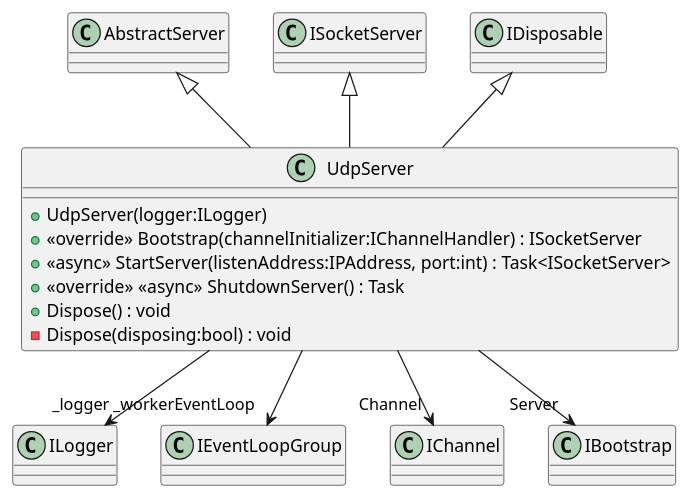
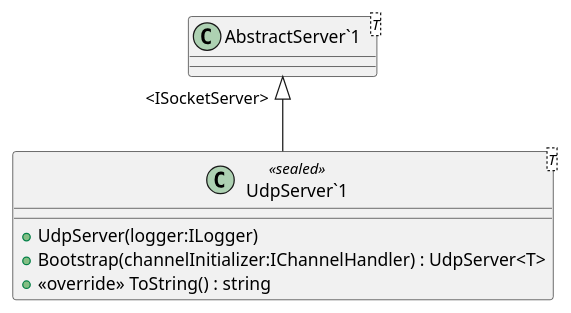
The diagram in Documentation/UML/Catalyst.Node.Common/Helpers/IO/Inbound/UdpServer.puml (catalyst-network/Catalyst), drawn with PlantUML before and after one commit. The commit also changed 25 other files, not shown here.

```diff
--- a/Documentation/UML/Catalyst.Node.Common/Helpers/IO/Inbound/UdpServer.puml
+++ b/Documentation/UML/Catalyst.Node.Common/Helpers/IO/Inbound/UdpServer.puml
@@ -1,17 +1,10 @@
 @startuml
-class UdpServer {
+class "UdpServer`1"<T> <<sealed>> {
     + UdpServer(logger:ILogger)
-    + <<override>> Bootstrap(channelInitializer:IChannelHandler) : ISocketServer
-    + <<async>> StartServer(listenAddress:IPAddress, port:int) : Task<ISocketServer>
-    + <<override>> <<async>> ShutdownServer() : Task
-    + Dispose() : void
-    - Dispose(disposing:bool) : void
+    + Bootstrap(channelInitializer:IChannelHandler) : UdpServer<T>
+    + <<override>> ToString() : string
 }
-AbstractServer <|-- UdpServer
-ISocketServer <|-- UdpServer
-IDisposable <|-- UdpServer
-UdpServer --> "_logger" ILogger
-UdpServer --> "_workerEventLoop" IEventLoopGroup
-UdpServer --> "Channel" IChannel
-UdpServer --> "Server" IBootstrap
+class "AbstractServer`1"<T> {
+}
+"AbstractServer`1" "<ISocketServer>" <|-- "UdpServer`1"
 @enduml
```
